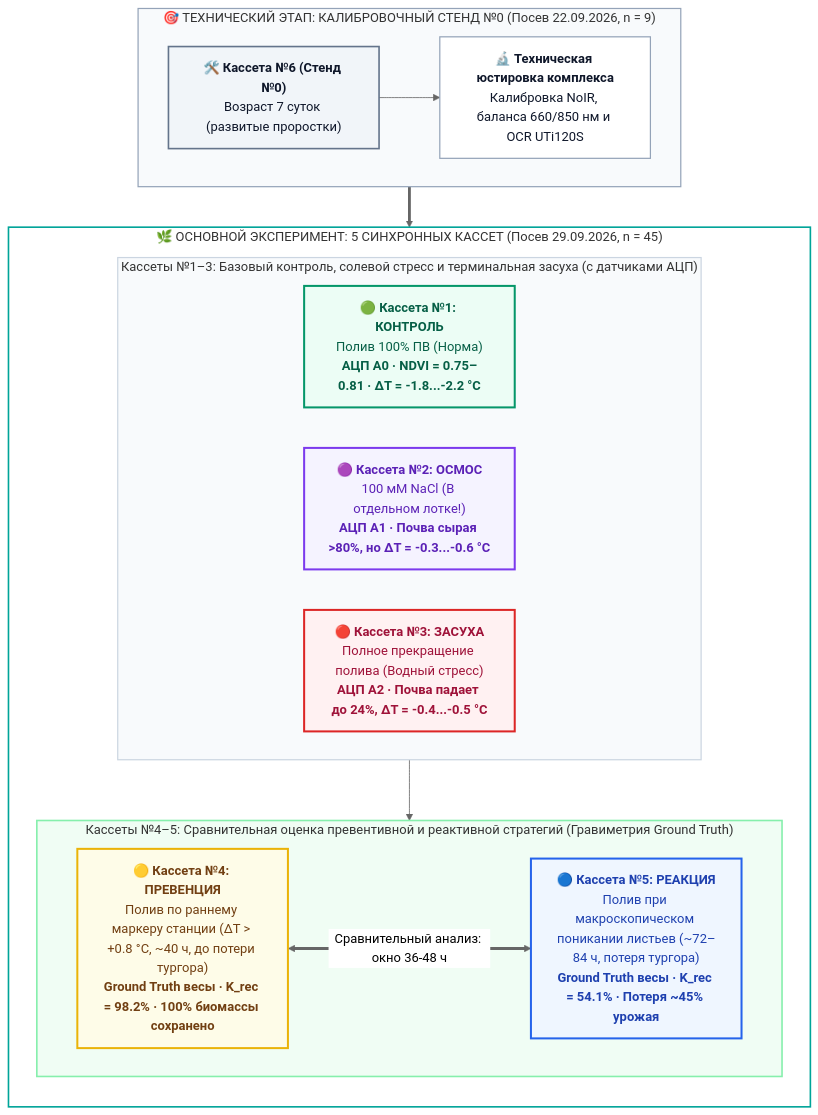
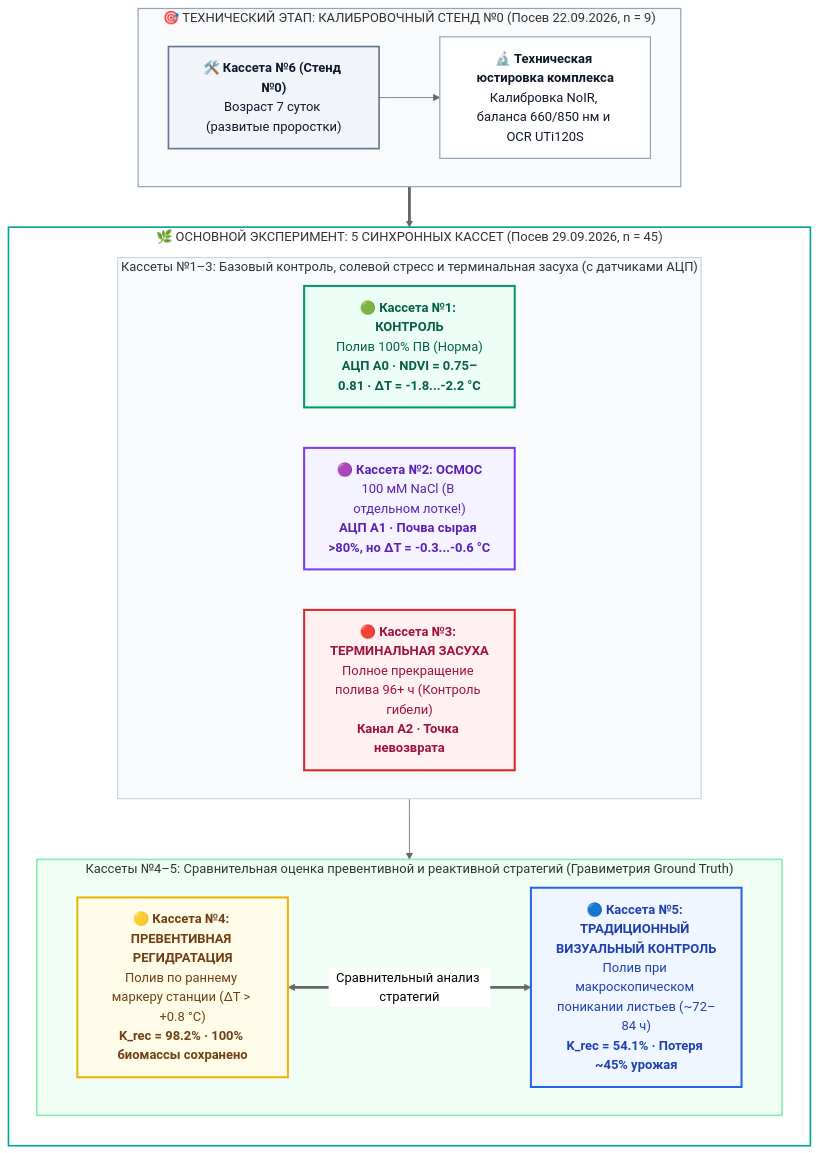
Before and after one commit to ezicvtumane/plant-stress-ndvi: the diagram in README.md, drawn with Mermaid (neutral theme). The commit also changed other lines of this file, not shown here.

Commit message:
docs(readme): synchronize cohort numbering, mermaid order, and stand 0 notes

````diff
--- a/README.md
+++ b/README.md
@@ -167,41 +167,41 @@
 ```mermaid
 flowchart TD
     subgraph Calib["🎯 ТЕХНИЧЕСКИЙ ЭТАП: КАЛИБРОВОЧНЫЙ СТЕНД №0 (Посев 22.09.2026, n = 9)"]
         direction LR
         C0["🛠️ <b>Кассета №6 (Стенд №0)</b><br/>Возраст 7 суток (развитые проростки)"] --> R0["🔬 <b>Техническая юстировка комплекса</b><br/>Калибровка NoIR, баланса 660/850 нм и OCR UTi120S"]
     end
 
     subgraph S5["🌿 ОСНОВНОЙ ЭКСПЕРИМЕНТ: 5 СИНХРОННЫХ КАССЕТ (Посев 29.09.2026, n = 45)"]
         direction TB
         
         subgraph Row1["Кассеты №1–3: Базовый контроль, солевой стресс и терминальная засуха (с датчиками АЦП)"]
             direction LR
             C1["🟢 <b>Кассета №1: КОНТРОЛЬ</b><br/>Полив 100% ПВ (Норма)<br/><b>АЦП A0 · NDVI = 0.75–0.81 · ΔT = -1.8...-2.2 °C</b>"]
             C2["🟣 <b>Кассета №2: ОСМОС</b><br/>100 мМ NaCl (В отдельном лотке!)<br/><b>АЦП A1 · Почва сырая >80%, но ΔT = -0.3...-0.6 °C</b>"]
-            C3["🔴 <b>Кассета №3: ЗАСУХА</b><br/>Полное прекращение полива (Водный стресс)<br/><b>АЦП A2 · Почва падает до 24%, ΔT = -0.4...-0.5 °C</b>"]
+            C3["🔴 <b>Кассета №3: ТЕРМИНАЛЬНАЯ ЗАСУХА</b><br/>Полное прекращение полива 96+ ч (Контроль гибели)<br/><b>Канал А2 · Точка невозврата</b>"]
         end
 
         subgraph Row2["Кассеты №4–5: Сравнительная оценка превентивной и реактивной стратегий (Гравиметрия Ground Truth)"]
             direction LR
-            C4["🟡 <b>Кассета №4: ПРЕВЕНЦИЯ</b><br/>Полив по раннему маркеру станции (ΔT > +0.8 °C, ~40 ч, до потери тургора)<br/><b>Ground Truth весы · K_rec = 98.2% · 100% биомассы сохранено</b>"]
-            C5["🔵 <b>Кассета №5: РЕАКЦИЯ</b><br/>Полив при макроскопическом поникании листьев (~72–84 ч, потеря тургора)<br/><b>Ground Truth весы · K_rec = 54.1% · Потеря ~45% урожая</b>"]
-            C4 <==>|"Сравнительный анализ: окно 36-48 ч"| C5
+            C4["🟡 <b>Кассета №4: ПРЕВЕНТИВНАЯ РЕГИДРАТАЦИЯ</b><br/>Полив по раннему маркеру станции (ΔT > +0.8 °C)<br/><b>K_rec = 98.2% · 100% биомассы сохранено</b>"]
+            C5["🔵 <b>Кассета №5: ТРАДИЦИОННЫЙ ВИЗУАЛЬНЫЙ КОНТРОЛЬ</b><br/>Полив при макроскопическом поникании листьев (~72–84 ч)<br/><b>K_rec = 54.1% · Потеря ~45% урожая</b>"]
+            C4 <==>|"Сравнительный анализ стратегий"| C5
         end
         
         Row1 --> Row2
     end
 
     Calib ==> S5
 
     style C0 fill:#f1f5f9,stroke:#64748b,stroke-width:2px,color:#0f172a
     style R0 fill:#ffffff,stroke:#94a3b8,stroke-width:1.5px,color:#0f172a
     style C1 fill:#ecfdf5,stroke:#059669,stroke-width:2.5px,color:#065f46
     style C2 fill:#f5f3ff,stroke:#7c3aed,stroke-width:2.5px,color:#5b21b6
     style C3 fill:#fff1f2,stroke:#dc2626,stroke-width:2.5px,color:#9f1239
     style C4 fill:#fefce8,stroke:#eab308,stroke-width:2.5px,color:#713f12
     style C5 fill:#eff6ff,stroke:#2563eb,stroke-width:2.5px,color:#1e40af
     style Calib fill:#f8fafc,stroke:#94a3b8,stroke-width:1.5px
     style S5 fill:#ffffff,stroke:#00a499,stroke-width:2px
     style Row1 fill:#f8fafc,stroke:#cbd5e1,stroke-width:1.5px
     style Row2 fill:#f0fdf4,stroke:#86efac,stroke-width:2px
 ```
````
